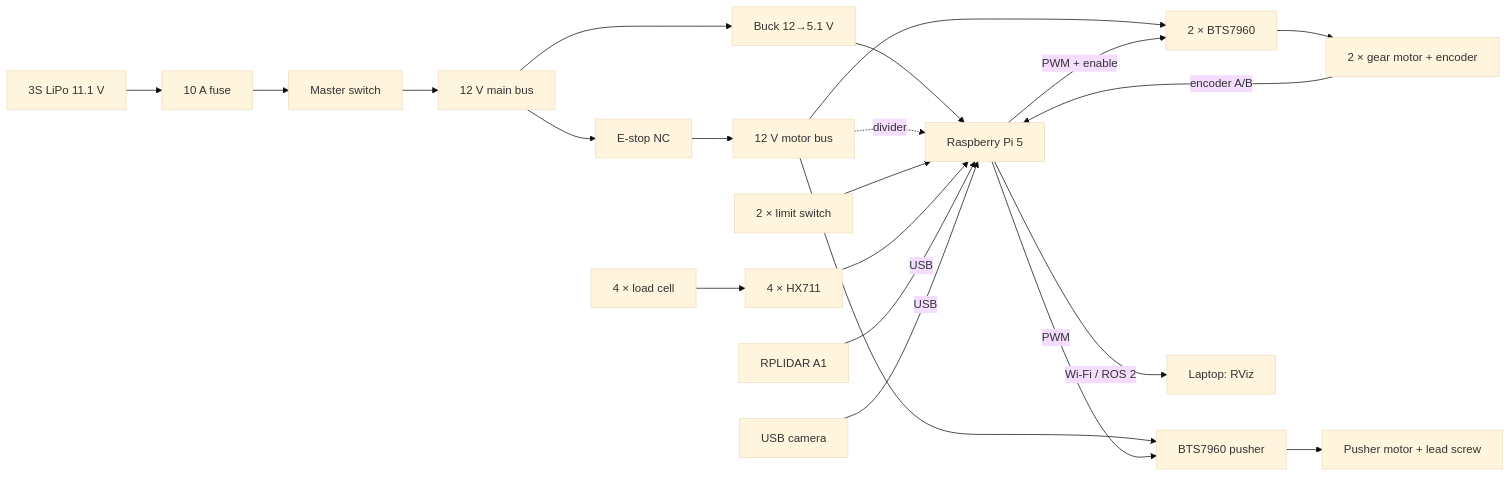
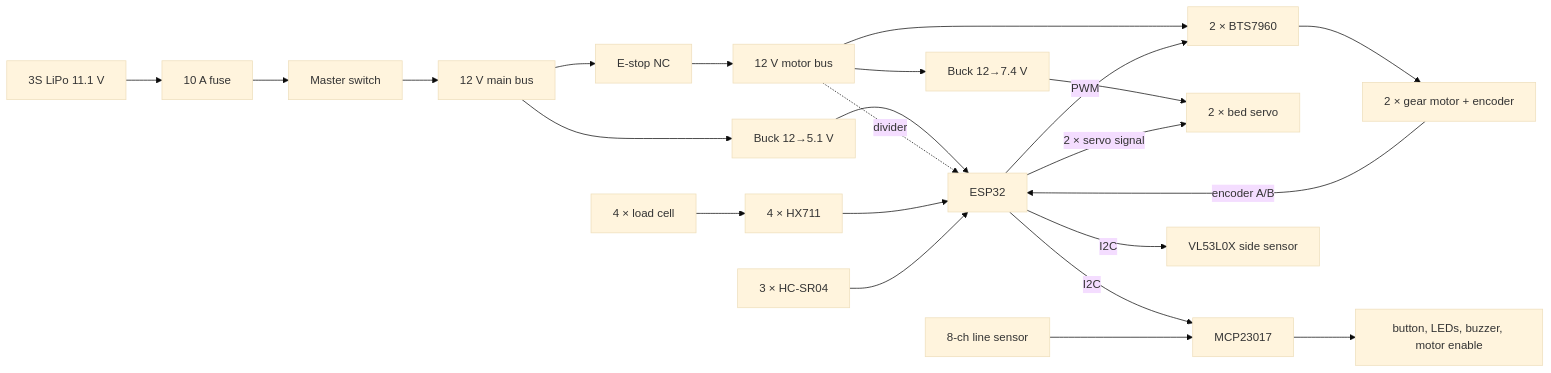
One commit to ahmedoab/cargo_robot changed the first of 3 diagrams in BUILD_GUIDE.md. Above: the diagram before and after it, drawn with Mermaid (base theme). The commit also changed other lines of this file and 233 other files, not shown here.

First line of the commit message:
Design v2 with a tilting bed and one ESP32 (no Pi, no lidar)

````diff
--- a/BUILD_GUIDE.md
+++ b/BUILD_GUIDE.md
@@ -106,16 +103,17 @@
 ```mermaid
 flowchart LR
   BAT[3S LiPo 11.1 V] --> FUSE[10 A fuse] --> SW[Master switch] --> BUS12[12 V main bus]
-  BUS12 --> BUCK[Buck 12→5.1 V] --> PI[Raspberry Pi 5]
+  BUS12 --> BUCK[Buck 12→5.1 V] --> ESP[ESP32]
   BUS12 --> ESTOP[E-stop NC] --> MBUS[12 V motor bus] --> DRV[2 × BTS7960] --> MOT[2 × gear motor + encoder]
-  MBUS -. divider .-> PI
-  PI -- PWM + enable --> DRV
-  MOT -- encoder A/B --> PI
-  MBUS --> PDRV[BTS7960 pusher] --> PMOT[Pusher motor + lead screw]
-  PI -- PWM --> PDRV
-  LIMS[2 × limit switch] --> PI
-  CELLS[4 × load cell] --> HX[4 × HX711] --> PI
-  LIDAR[RPLIDAR A1] -- USB --> PI
-  CAM[USB camera] -- USB --> PI
-  PI -- Wi-Fi / ROS 2 --> LAP[Laptop: RViz]
+  MBUS --> SBUCK[Buck 12→7.4 V] --> SERVO[2 × bed servo]
+  MBUS -. divider .-> ESP
+  ESP -- PWM --> DRV
+  ESP -- 2 × servo signal --> SERVO
+  MOT -- encoder A/B --> ESP
+  CELLS[4 × load cell] --> HX[4 × HX711] --> ESP
+  SONAR[3 × HC-SR04] --> ESP
+  ESP -- I2C --> MCP[MCP23017]
+  LINE[8-ch line sensor] --> MCP
+  MCP --> PANEL[button, LEDs, buzzer, motor enable]
+  ESP -- I2C --> TOF[VL53L0X side sensor]
 ```
````
